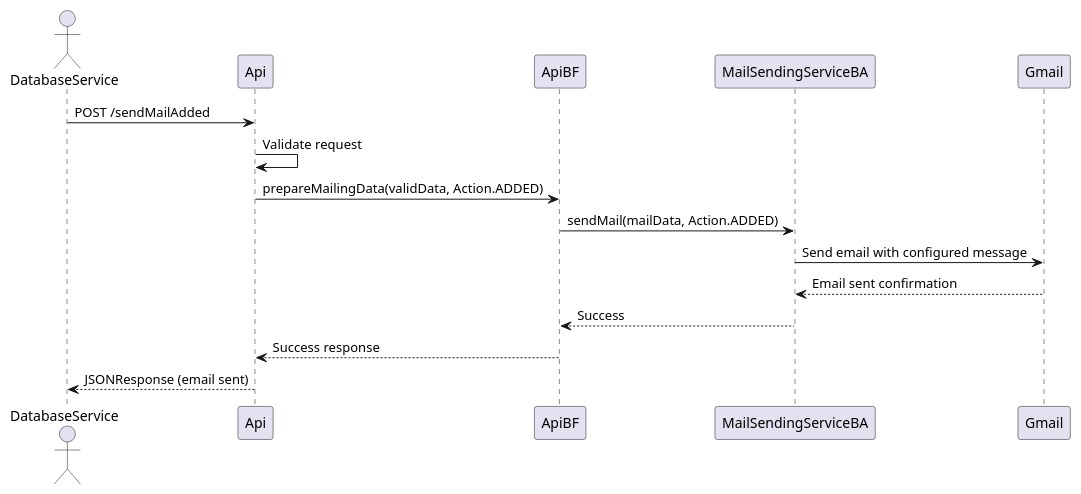
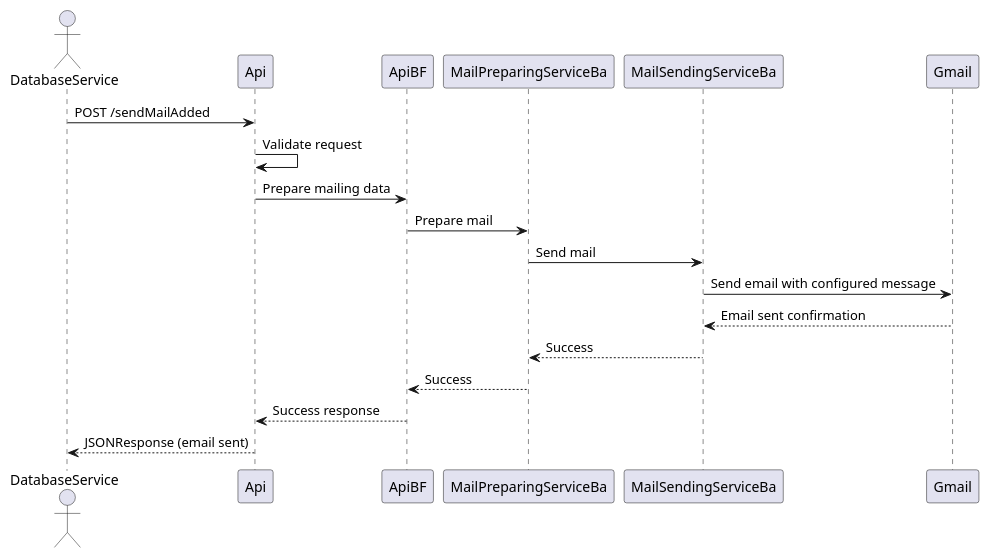
The diagram in doc/documentation/mailingService/sequenceDiagram.puml (Marcey1611/stock-tracker-project-sysad-ws2425), drawn with PlantUML before and after one commit. The commit also changed 5 other files, not shown here.

Commit message:
SYSAD-45: Updated class and sequence diagram.

```diff
--- a/doc/documentation/mailingService/sequenceDiagram.puml
+++ b/doc/documentation/mailingService/sequenceDiagram.puml
@@ -1,19 +1,22 @@
 @startuml
 
 actor "DatabaseService" as Database
 participant "Api" as API
 participant "ApiBF" as ApiBF
-participant "MailSendingServiceBA" as MailService
+participant "MailPreparingServiceBa" as MailPreparingService
+participant "MailSendingServiceBa" as MailSendingService
 participant "Gmail" as Gmail
 
 Database -> API: POST /sendMailAdded
 API -> API: Validate request
-API -> ApiBF: prepareMailingData(validData, Action.ADDED)
-ApiBF -> MailService: sendMail(mailData, Action.ADDED)
-MailService -> Gmail: Send email with configured message
-Gmail --> MailService: Email sent confirmation
-MailService --> ApiBF: Success
+API -> ApiBF: Prepare mailing data
+ApiBF -> MailPreparingService: Prepare mail
+MailPreparingService -> MailSendingService: Send mail
+MailSendingService -> Gmail: Send email with configured message
+Gmail --> MailSendingService: Email sent confirmation
+MailSendingService --> MailPreparingService: Success
+MailPreparingService --> ApiBF: Success
 ApiBF --> API: Success response
 API --> Database: JSONResponse (email sent)
 
 @enduml
```
